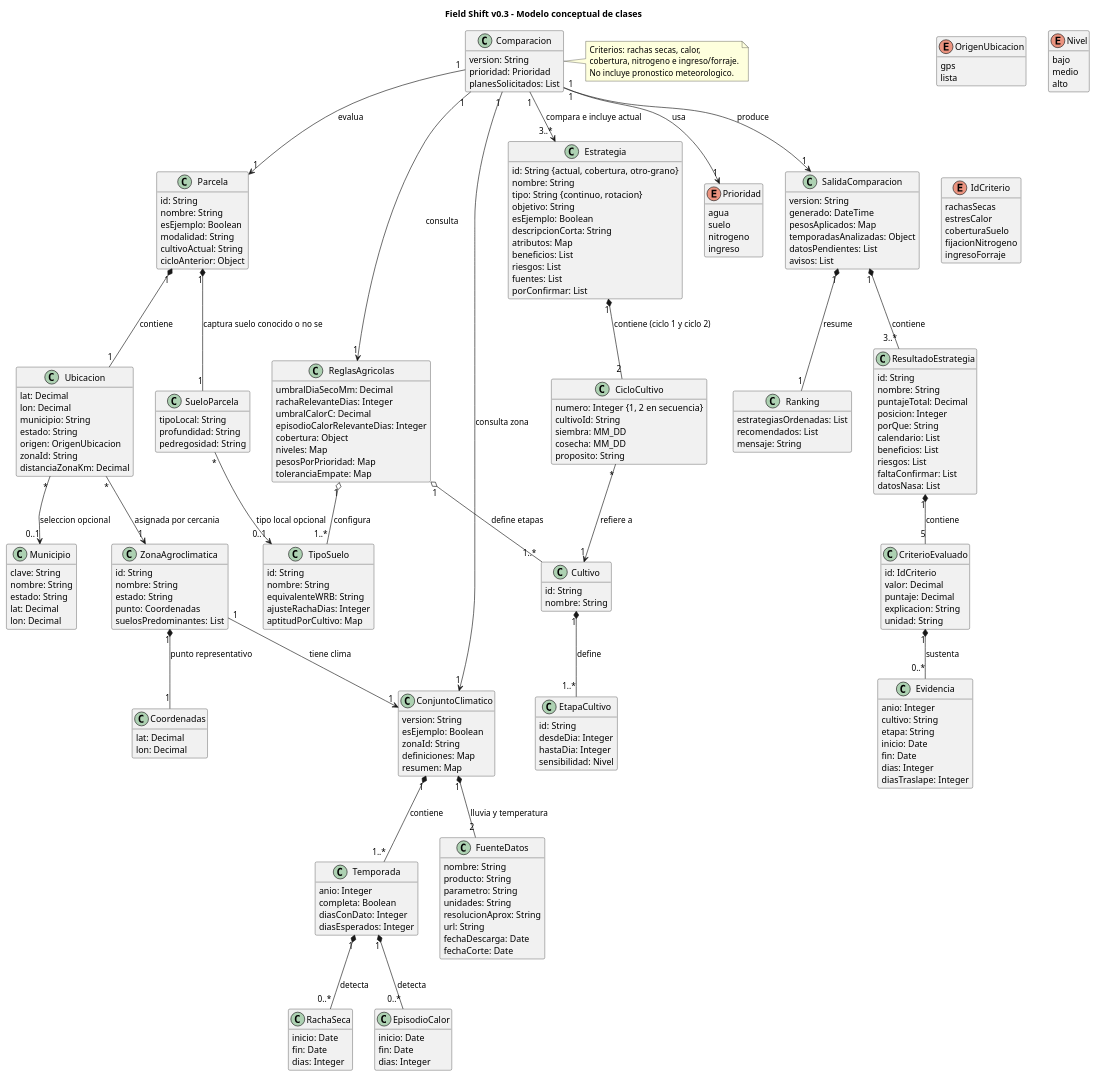
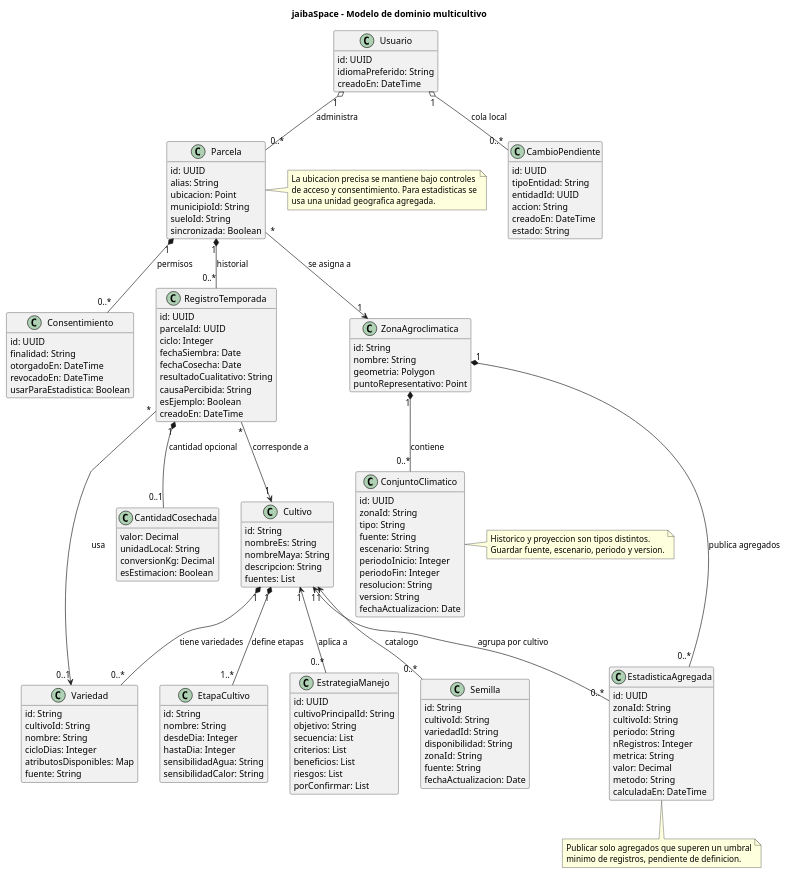
One commit to frediab1999-svg/jaibaSpace-Field-Shift-Adapting-Farms-with-NASA-Data- changed the diagram in docs/diagramas/clases-field-shift.puml. Above: the diagram before and after it, drawn with PlantUML. The commit also changed 54 other files, not shown here.

```diff
--- a/docs/diagramas/clases-field-shift.puml
+++ b/docs/diagramas/clases-field-shift.puml
@@ -1,253 +1,167 @@
 @startuml
-title Field Shift v0.3 - Modelo conceptual de clases
+title jaibaSpace - Modelo de dominio multicultivo
 hide methods
 skinparam classAttributeIconSize 0
 
 class Parcela {
+  id: UUID
+  alias: String
+  ubicacion: Point
+  municipioId: String
+  sueloId: String
+  sincronizada: Boolean
+}
+
+class Consentimiento {
+  id: UUID
+  finalidad: String
+  otorgadoEn: DateTime
+  revocadoEn: DateTime
+  usarParaEstadistica: Boolean
+}
+
+class Cultivo {
+  id: String
+  nombreEs: String
+  nombreMaya: String
+  descripcion: String
+  fuentes: List
+}
+
+class Variedad {
+  id: String
+  cultivoId: String
+  nombre: String
+  cicloDias: Integer
+  atributosDisponibles: Map
+  fuente: String
+}
+
+class EtapaCultivo {
   id: String
   nombre: String
-  esEjemplo: Boolean
-  modalidad: String
-  cultivoActual: String
-  cicloAnterior: Object
+  desdeDia: Integer
+  hastaDia: Integer
+  sensibilidadAgua: String
+  sensibilidadCalor: String
 }
 
-class SueloParcela {
-  tipoLocal: String
-  profundidad: String
-  pedregosidad: String
+class EstrategiaManejo {
+  id: UUID
+  cultivoPrincipalId: String
+  objetivo: String
+  secuencia: List
+  criterios: List
+  beneficios: List
+  riesgos: List
+  porConfirmar: List
 }
 
-class Ubicacion {
-  lat: Decimal
-  lon: Decimal
-  municipio: String
-  estado: String
-  origen: OrigenUbicacion
-  zonaId: String
-  distanciaZonaKm: Decimal
+class RegistroTemporada {
+  id: UUID
+  parcelaId: UUID
+  ciclo: Integer
+  fechaSiembra: Date
+  fechaCosecha: Date
+  resultadoCualitativo: String
+  causaPercibida: String
+  esEjemplo: Boolean
+  creadoEn: DateTime
 }
 
-enum OrigenUbicacion {
-  gps
-  lista
+class CantidadCosechada {
+  valor: Decimal
+  unidadLocal: String
+  conversionKg: Decimal
+  esEstimacion: Boolean
+}
+
+class Semilla {
+  id: String
+  cultivoId: String
+  variedadId: String
+  disponibilidad: String
+  zonaId: String
+  fuente: String
+  fechaActualizacion: Date
 }
 
 class ZonaAgroclimatica {
   id: String
   nombre: String
-  estado: String
-  punto: Coordenadas
-  suelosPredominantes: List
-}
-
-class Coordenadas {
-  lat: Decimal
-  lon: Decimal
-}
-
-class Municipio {
-  clave: String
-  nombre: String
-  estado: String
-  lat: Decimal
-  lon: Decimal
-}
-
-class TipoSuelo {
-  id: String
-  nombre: String
-  equivalenteWRB: String
-  ajusteRachaDias: Integer
-  aptitudPorCultivo: Map
-}
-
-enum Prioridad {
-  agua
-  suelo
-  nitrogeno
-  ingreso
-}
-
-class Estrategia {
-  id: String {actual, cobertura, otro-grano}
-  nombre: String
-  tipo: String {continuo, rotacion}
-  objetivo: String
-  esEjemplo: Boolean
-  descripcionCorta: String
-  atributos: Map
-  beneficios: List
-  riesgos: List
-  fuentes: List
-  porConfirmar: List
-}
-
-class CicloCultivo {
-  numero: Integer {1, 2 en secuencia}
-  cultivoId: String
-  siembra: MM_DD
-  cosecha: MM_DD
-  proposito: String
-}
-
-class Cultivo {
-  id: String
-  nombre: String
-}
-
-class EtapaCultivo {
-  id: String
-  desdeDia: Integer
-  hastaDia: Integer
-  sensibilidad: Nivel
-}
-
-enum Nivel {
-  bajo
-  medio
-  alto
+  geometria: Polygon
+  puntoRepresentativo: Point
 }
 
 class ConjuntoClimatico {
+  id: UUID
+  zonaId: String
+  tipo: String
+  fuente: String
+  escenario: String
+  periodoInicio: Integer
+  periodoFin: Integer
+  resolucion: String
   version: String
-  esEjemplo: Boolean
-  zonaId: String
-  definiciones: Map
-  resumen: Map
+  fechaActualizacion: Date
 }
 
-class Temporada {
-  anio: Integer
-  completa: Boolean
-  diasConDato: Integer
-  diasEsperados: Integer
+class EstadisticaAgregada {
+  id: UUID
+  zonaId: String
+  cultivoId: String
+  periodo: String
+  nRegistros: Integer
+  metrica: String
+  valor: Decimal
+  metodo: String
+  calculadaEn: DateTime
 }
 
-class RachaSeca {
-  inicio: Date
-  fin: Date
-  dias: Integer
+class Usuario {
+  id: UUID
+  idiomaPreferido: String
+  creadoEn: DateTime
 }
 
-class EpisodioCalor {
-  inicio: Date
-  fin: Date
-  dias: Integer
+class CambioPendiente {
+  id: UUID
+  tipoEntidad: String
+  entidadId: UUID
+  accion: String
+  creadoEn: DateTime
+  estado: String
 }
 
-class FuenteDatos {
-  nombre: String
-  producto: String
-  parametro: String
-  unidades: String
-  resolucionAprox: String
-  url: String
-  fechaDescarga: Date
-  fechaCorte: Date
-}
+Usuario "1" o-- "0..*" Parcela : administra
+Parcela "1" *-- "0..*" RegistroTemporada : historial
+Parcela "1" *-- "0..*" Consentimiento : permisos
+RegistroTemporada "1" *-- "0..1" CantidadCosechada : cantidad opcional
+RegistroTemporada "*" --> "1" Cultivo : corresponde a
+RegistroTemporada "*" --> "0..1" Variedad : usa
+Cultivo "1" *-- "1..*" EtapaCultivo : define etapas
+Cultivo "1" *-- "0..*" Variedad : tiene variedades
+Cultivo "1" <-- "0..*" EstrategiaManejo : aplica a
+Cultivo "1" <-- "0..*" Semilla : catalogo
+Parcela "*" --> "1" ZonaAgroclimatica : se asigna a
+ZonaAgroclimatica "1" *-- "0..*" ConjuntoClimatico : contiene
+ZonaAgroclimatica "1" *-- "0..*" EstadisticaAgregada : publica agregados
+Cultivo "1" <-- "0..*" EstadisticaAgregada : agrupa por cultivo
+Usuario "1" o-- "0..*" CambioPendiente : cola local
 
-class ReglasAgricolas {
-  umbralDiaSecoMm: Decimal
-  rachaRelevanteDias: Integer
-  umbralCalorC: Decimal
-  episodioCalorRelevanteDias: Integer
-  cobertura: Object
-  niveles: Map
-  pesosPorPrioridad: Map
-  toleranciaEmpate: Map
-}
+note right of Parcela
+  La ubicacion precisa se mantiene bajo controles
+  de acceso y consentimiento. Para estadisticas se
+  usa una unidad geografica agregada.
+end note
 
-class Comparacion {
-  version: String
-  prioridad: Prioridad
-  planesSolicitados: List
-}
+note right of ConjuntoClimatico
+  Historico y proyeccion son tipos distintos.
+  Guardar fuente, escenario, periodo y version.
+end note
 
-class ResultadoEstrategia {
-  id: String
-  nombre: String
-  puntajeTotal: Decimal
-  posicion: Integer
-  porQue: String
-  calendario: List
-  beneficios: List
-  riesgos: List
-  faltaConfirmar: List
-  datosNasa: List
-}
-
-enum IdCriterio {
-  rachasSecas
-  estresCalor
-  coberturaSuelo
-  fijacionNitrogeno
-  ingresoForraje
-}
-
-class CriterioEvaluado {
-  id: IdCriterio
-  valor: Decimal
-  puntaje: Decimal
-  explicacion: String
-  unidad: String
-}
-
-class Evidencia {
-  anio: Integer
-  cultivo: String
-  etapa: String
-  inicio: Date
-  fin: Date
-  dias: Integer
-  diasTraslape: Integer
-}
-
-class Ranking {
-  estrategiasOrdenadas: List
-  recomendados: List
-  mensaje: String
-}
-
-class SalidaComparacion {
-  version: String
-  generado: DateTime
-  pesosAplicados: Map
-  temporadasAnalizadas: Object
-  datosPendientes: List
-  avisos: List
-}
-
-Parcela "1" *-- "1" Ubicacion : contiene
-Ubicacion "*" --> "1" ZonaAgroclimatica : asignada por cercania
-Ubicacion "*" --> "0..1" Municipio : seleccion opcional
-Parcela "1" *-- "1" SueloParcela : captura suelo conocido o no se
-SueloParcela "*" --> "0..1" TipoSuelo : tipo local opcional
-ZonaAgroclimatica "1" *-- "1" Coordenadas : punto representativo
-ZonaAgroclimatica "1" --> "1" ConjuntoClimatico : tiene clima
-ConjuntoClimatico "1" *-- "1..*" Temporada : contiene
-Temporada "1" *-- "0..*" RachaSeca : detecta
-Temporada "1" *-- "0..*" EpisodioCalor : detecta
-ConjuntoClimatico "1" *-- "2" FuenteDatos : lluvia y temperatura
-Estrategia "1" *-- "2" CicloCultivo : contiene (ciclo 1 y ciclo 2)
-CicloCultivo "*" --> "1" Cultivo : refiere a
-Cultivo "1" *-- "1..*" EtapaCultivo : define
-ReglasAgricolas "1" o-- "1..*" TipoSuelo : configura
-ReglasAgricolas "1" o-- "1..*" Cultivo : define etapas
-Comparacion "1" --> "1" Parcela : evalua
-Comparacion "1" --> "1" Prioridad : usa
-Comparacion "1" --> "1" ReglasAgricolas : consulta
-Comparacion "1" --> "1" ConjuntoClimatico : consulta zona
-Comparacion "1" --> "3..*" Estrategia : compara e incluye actual
-Comparacion "1" --> "1" SalidaComparacion : produce
-SalidaComparacion "1" *-- "3..*" ResultadoEstrategia : contiene
-ResultadoEstrategia "1" *-- "5" CriterioEvaluado : contiene
-CriterioEvaluado "1" *-- "0..*" Evidencia : sustenta
-SalidaComparacion "1" *-- "1" Ranking : resume
-
-note right of Comparacion
-  Criterios: rachas secas, calor,
-  cobertura, nitrogeno e ingreso/forraje.
-  No incluye pronostico meteorologico.
+note bottom of EstadisticaAgregada
+  Publicar solo agregados que superen un umbral
+  minimo de registros, pendiente de definicion.
 end note
 @enduml
```
